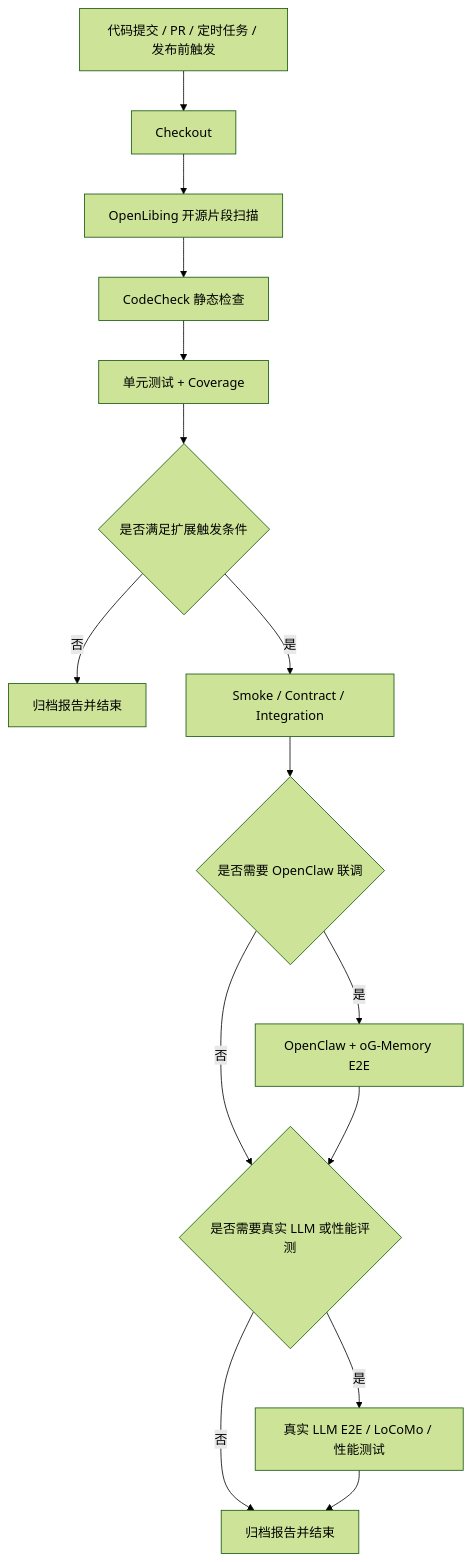
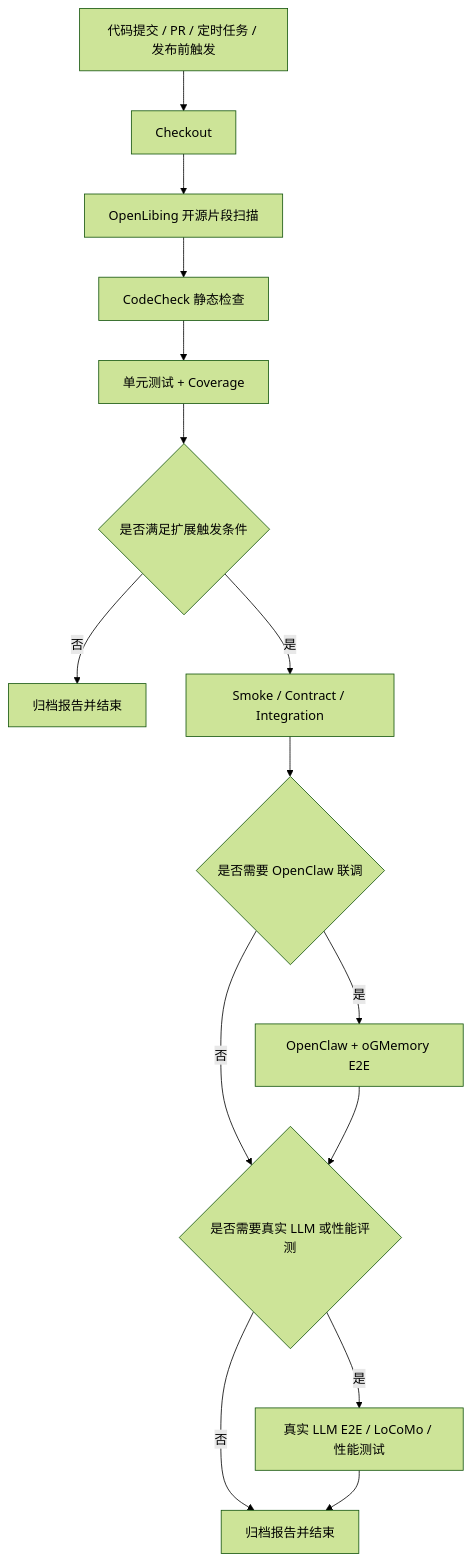
The first of 5 diagrams in docs/test_strategy_jenkins.md (LinQiang391/oGMemory), drawn with Mermaid (forest theme) before and after one commit. The commit also changed other lines of this file and 29 other files, not shown here.

Commit message:
replace oG-Memory to oGMemory

````diff
--- a/docs/test_strategy_jenkins.md
+++ b/docs/test_strategy_jenkins.md
@@ -65,17 +65,17 @@
 ```mermaid
 flowchart TD
     A[代码提交 / PR / 定时任务 / 发布前触发] --> B[Checkout]
     B --> C[OpenLibing 开源片段扫描]
     C --> D[CodeCheck 静态检查]
     D --> E[单元测试 + Coverage]
     E --> F{是否满足扩展触发条件}
     F -->|否| G[归档报告并结束]
     F -->|是| H[Smoke / Contract / Integration]
     H --> I{是否需要 OpenClaw 联调}
     I -->|否| J{是否需要真实 LLM 或性能评测}
-    I -->|是| K[OpenClaw + oG-Memory E2E]
+    I -->|是| K[OpenClaw + oGMemory E2E]
     K --> J
     J -->|否| L[归档报告并结束]
     J -->|是| M[真实 LLM E2E / LoCoMo / 性能测试]
     M --> L[归档报告并结束]
 ```
````
